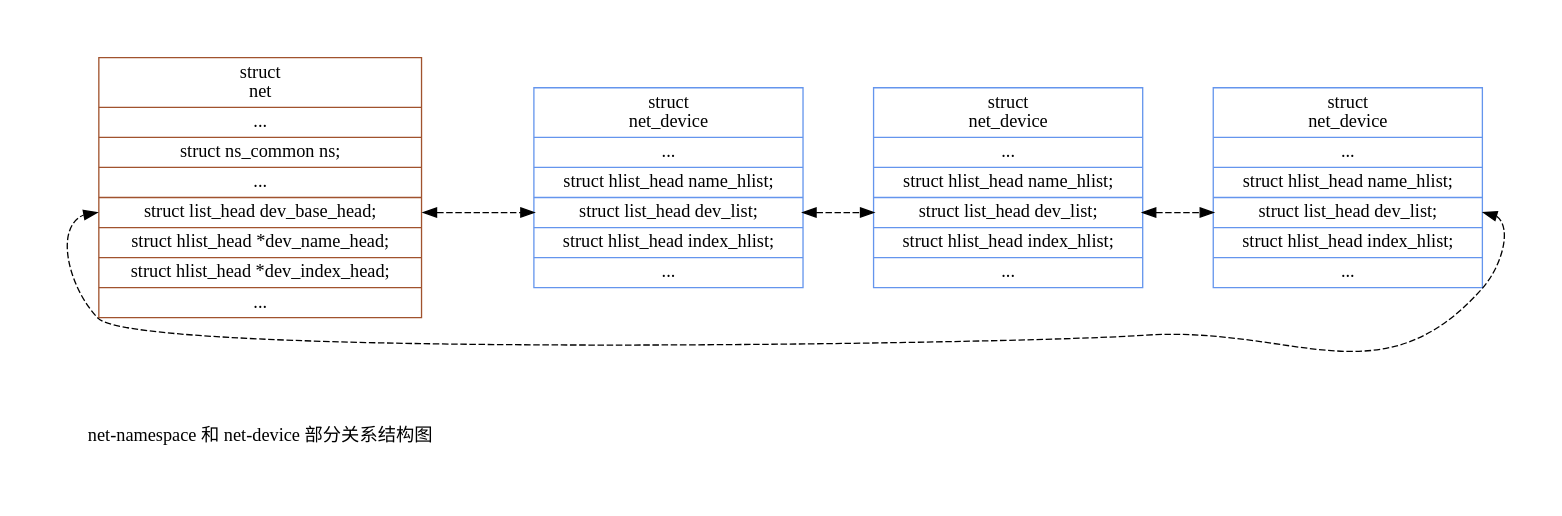
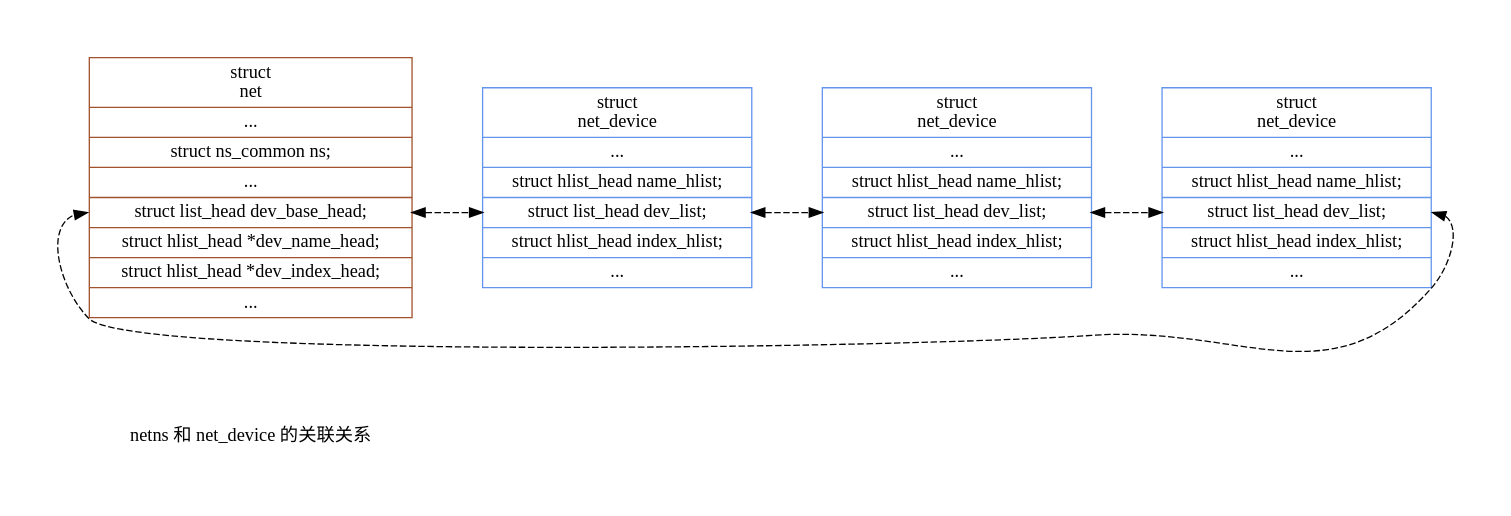
The diagram in graphviz/netns_device.dot (bodhix/network-docs), drawn with Graphviz before and after one commit. The commit also changed 5 other files, not shown here.

```diff
--- a/graphviz/netns_device.dot
+++ b/graphviz/netns_device.dot
@@ -1,59 +1,60 @@
 digraph rankdot {
 	compound=true
 	margin="0,0"
 	ranksep = .75
 	nodesep = 1
 	pad = .5
 	rankdir = LR
+
 	node [shape=record, charset = "UTF-8" fontname="Microsoft YaHei", fontsize=14]
-	edge [style=dashed, charset = "UTF-8" fontname="Microsoft YaHei", fontsize=11]
+	edge [style = dashed, charset = "UTF-8" fontname="Microsoft YaHei", fontsize=11]
 
-	netnamespace [shape = plaintext, label = "net-namespace 和 net-device 部分关系结构图"]
+	netnamespace [shape = plaintext, label = "netns 和 net_device 的关联关系"]
 
 	net2 [
 		color = sienna,
 		label = "<head> struct \n net |
 			... |
 			<ns_comm> struct ns_common ns; |
 			... |
 			<base_head> struct list_head dev_base_head; |
 			<name_head> struct hlist_head *dev_name_head; |
 			<index_head> struct hlist_head *dev_index_head; |
 			... "
 	]
 
 
 	net_device2 [
 		color = cornflowerblue,
 		label = "<head> struct \n net_device |
 			... |
 			<name_hlist> struct hlist_head name_hlist; |
 			<dev_list> struct list_head dev_list; |
 			<index_hlist> struct hlist_head index_hlist; |
 			... "
 	]
 
 
 	net_device3 [
 		color = cornflowerblue,
 		label = "<head> struct \n net_device |
 			... |
 			<name_hlist> struct hlist_head name_hlist; |
 			<dev_list> struct list_head dev_list; |
 			<index_hlist> struct hlist_head index_hlist; |
 			... "
 	]
 
 	net_device4 [
 		color = cornflowerblue,
 		label = "<head> struct \n net_device |
 			... |
 			<name_hlist> struct hlist_head name_hlist; |
 			<dev_list> struct list_head dev_list; |
 			<index_hlist> struct hlist_head index_hlist; |
 			... "
 	]
 
 	net2:base_head -> net_device2:dev_list -> net_device3:dev_list -> net_device4:dev_list [dir = both, weight = 10]
 	net_device4:dev_list:e -> net2:base_head:w [dir = both]
 }
```
